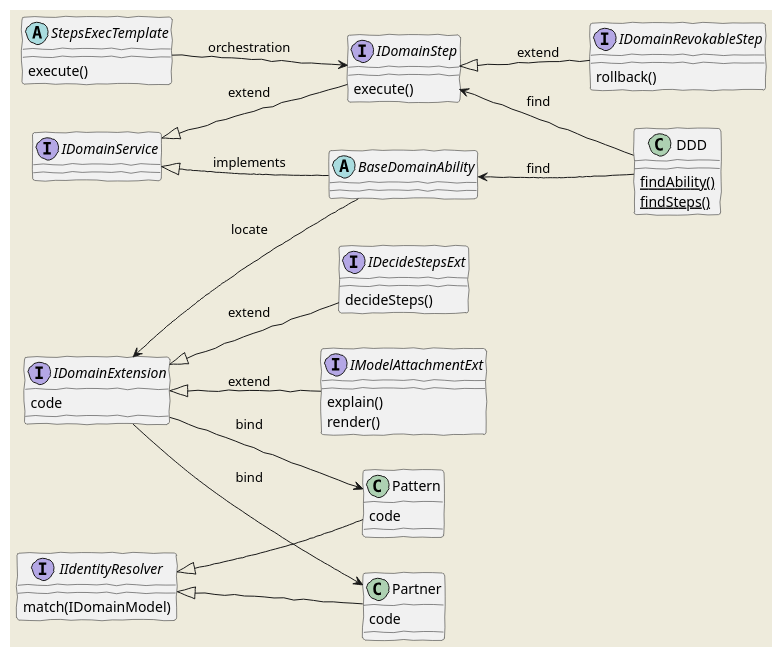
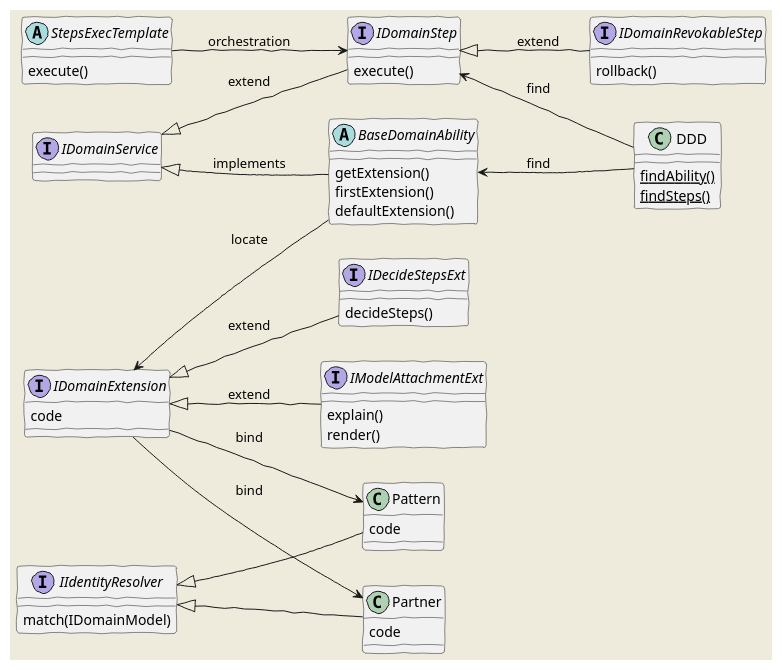
Before and after one commit to funkygao/cp-ddd-framework: the diagram in doc/classes.puml, drawn with PlantUML. The commit also changed 1 other file, not shown here.

Commit message:
tweak of BaseDomainAbility method in the class diagram

```diff
--- a/doc/classes.puml
+++ b/doc/classes.puml
@@ -1,49 +1,52 @@
 @startuml
 skinparam handwritten true
 skinparam backgroundColor #EEEBDC
 skinparam shadowing<<with_shadow>> true
 left to right direction
 
 interface IDomainService
 interface IDomainStep
 IDomainStep : execute()
 interface IDecideStepsExt
 interface IDomainRevokableStep
 IDomainRevokableStep : rollback()
 interface IDomainExtension
 interface IIdentityResolver
 interface IModelAttachmentExt
 IModelAttachmentExt : explain()
 IModelAttachmentExt : render()
 abstract StepsExecTemplate
 abstract BaseDomainAbility
+BaseDomainAbility : getExtension()
+BaseDomainAbility : firstExtension()
+BaseDomainAbility : defaultExtension()
 StepsExecTemplate : execute()
 DDD : {static} findAbility()
 DDD : {static} findSteps()
 IDecideStepsExt : decideSteps()
 IIdentityResolver : match(IDomainModel)
 
 IDomainService <|-- IDomainStep: extend
 IDomainStep <|-- IDomainRevokableStep: extend
 IDomainService <|-- BaseDomainAbility: implements
 
 IDomainExtension <|-- IDecideStepsExt: extend
 IDomainExtension <|-- IModelAttachmentExt: extend
 
 IIdentityResolver <|-- Pattern
 IIdentityResolver <|-- Partner
 
 BaseDomainAbility <-- DDD: find
 IDomainStep <-- DDD: find
 
 IDomainExtension <-- BaseDomainAbility: locate
 
 IDomainExtension --> Pattern: bind
 IDomainExtension --> Partner: bind
 
 Partner : code
 Pattern : code
 IDomainExtension : code
 
 StepsExecTemplate --> IDomainStep: orchestration
 @enduml
```
